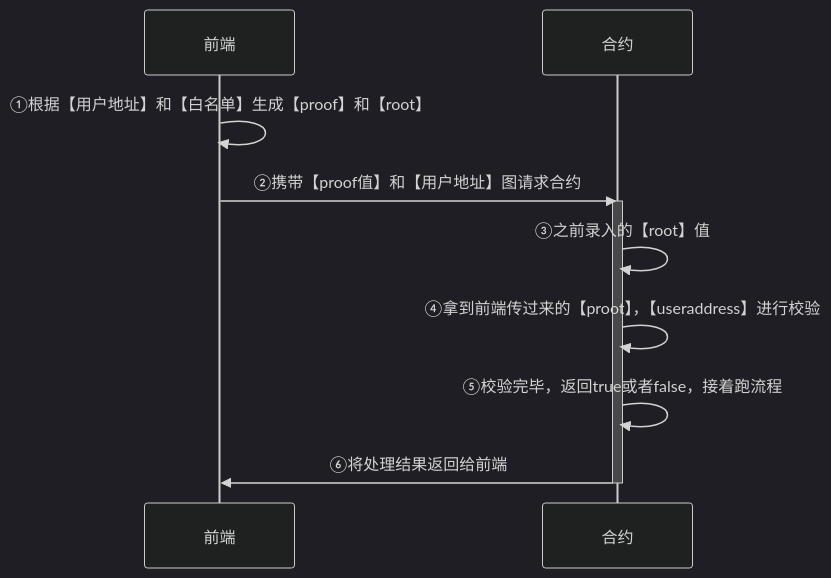
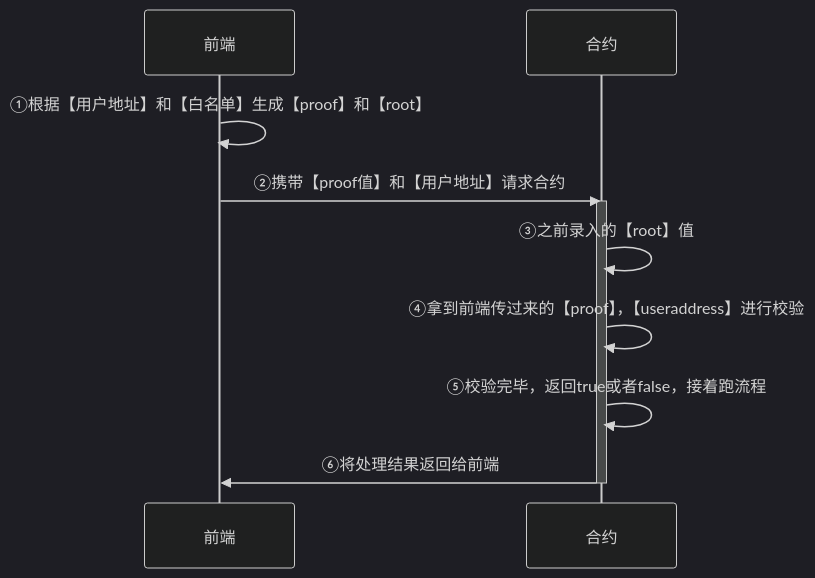
Before and after one commit to honey-yogurt/honey-yogurt.github.io: the diagram in content/blockchain/web3/build-nft.md, drawn with Mermaid (dark theme). The commit also changed 3 other files, not shown here.

````diff
--- a/content/blockchain/web3/build-nft.md
+++ b/content/blockchain/web3/build-nft.md
@@ -139,11 +139,11 @@
 ```mermaid
 sequenceDiagram
 前端->>前端:①根据【用户地址】和【白名单】生成【proof】和【root】
-前端->>合约:②携带【proof值】和【用户地址】图请求合约
+前端->>合约:②携带【proof值】和【用户地址】请求合约
 activate 合约
 合约->>合约:③之前录入的【root】值
-合约->>合约:④拿到前端传过来的【proot】，【useraddress】进行校验
+合约->>合约:④拿到前端传过来的【proof】，【useraddress】进行校验
 合约->>合约:⑤校验完毕，返回true或者false，接着跑流程
 合约->>前端:⑥将处理结果返回给前端
 deactivate 合约
 ```
````
